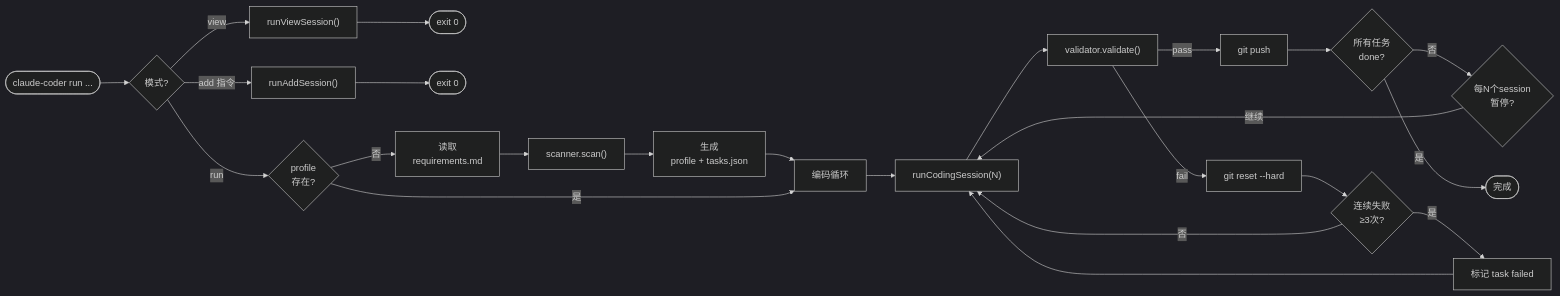
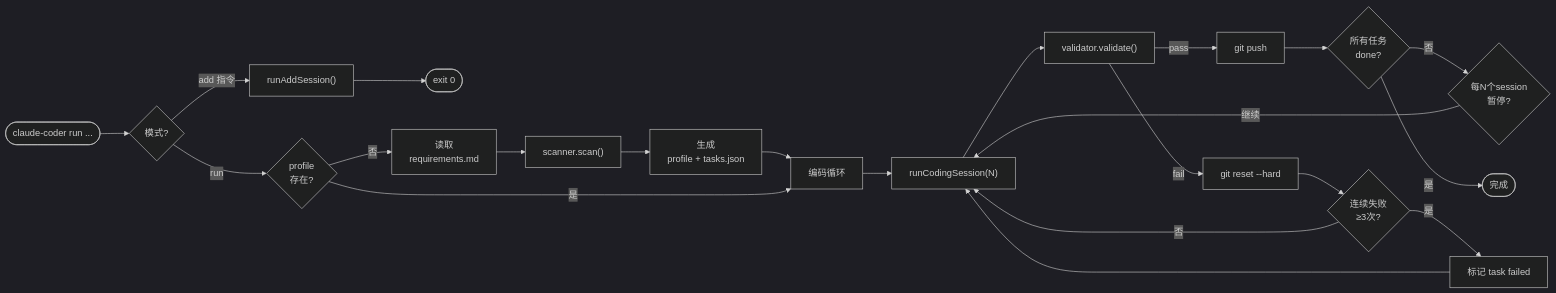
The second of 5 diagrams in docs/ARCHITECTURE.md (lk19940215/long_running_agent), drawn with Mermaid (dark theme) before and after one commit. The commit also changed other lines of this file and 7 other files, not shown here.

````diff
--- a/docs/ARCHITECTURE.md
+++ b/docs/ARCHITECTURE.md
@@ -59,33 +59,30 @@
 ```mermaid
 flowchart LR
     start(["claude-coder run ..."]) --> mode{模式?}
-
-    mode -->|view| view["runViewSession()"]
-    view --> exit_view([exit 0])
 
     mode -->|"add 指令"| add["runAddSession()"]
     add --> exit_add([exit 0])
 
     mode -->|run| check{profile<br/>存在?}
 
     check -->|否| req["读取<br/>requirements.md"]
     req --> scan["scanner.scan()"]
     scan --> profile_out["生成<br/>profile + tasks.json"]
     profile_out --> loop
 
     check -->|是| loop
 
     loop["编码循环"] --> session["runCodingSession(N)"]
     session --> val["validator.validate()"]
     val -->|pass| push["git push"]
     push --> done_check{所有任务<br/>done?}
     done_check -->|否| pause_check{每N个session<br/>暂停?}
     pause_check -->|继续| session
     done_check -->|是| finish([完成])
 
     val -->|fail| rollback["git reset --hard"]
     rollback --> retry_check{连续失败<br/>≥3次?}
     retry_check -->|否| session
     retry_check -->|是| mark_failed["标记 task failed"]
     mark_failed --> session
 ```
````
